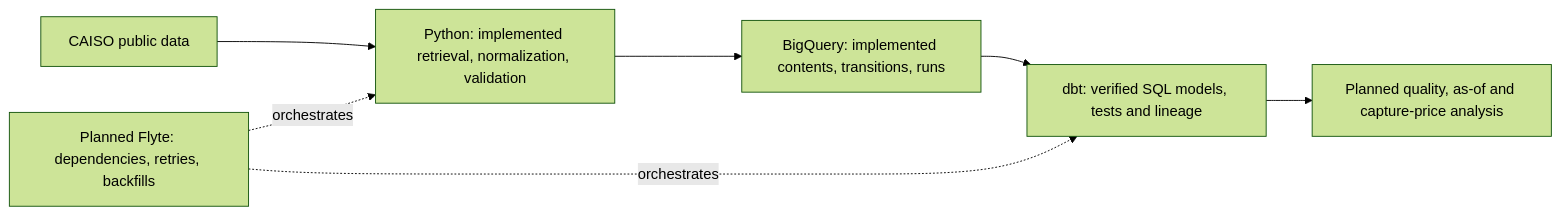
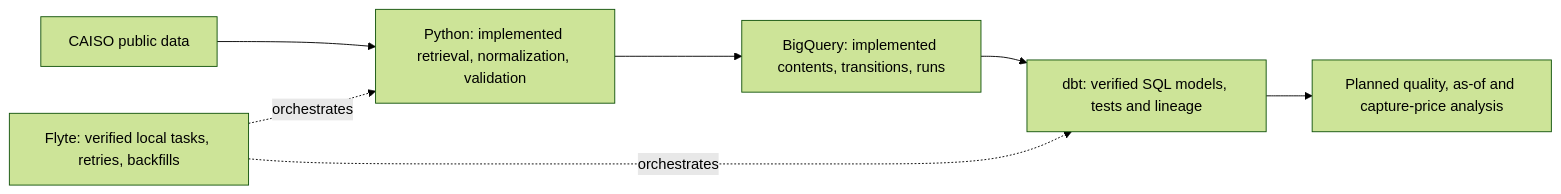
The diagram in README.md (AdvaitBP/power-market-data-platform), drawn with Mermaid (forest theme) before and after one commit. The commit also changed other lines of this file and 5 other files, not shown here.

Commit message:
Verify real Flyte backfills and complete Phase 4

````diff
--- a/README.md
+++ b/README.md
@@ -55,9 +67,9 @@
 ```mermaid
 flowchart LR
     C["CAISO public data"] --> P["Python: implemented retrieval, normalization, validation"]
     P --> B["BigQuery: implemented contents, transitions, runs"]
     B --> D["dbt: verified SQL models, tests and lineage"]
     D --> A["Planned quality, as-of and capture-price analysis"]
-    F["Planned Flyte: dependencies, retries, backfills"] -. orchestrates .-> P
+    F["Flyte: verified local tasks, retries, backfills"] -. orchestrates .-> P
     F -. orchestrates .-> D
 ```
````
